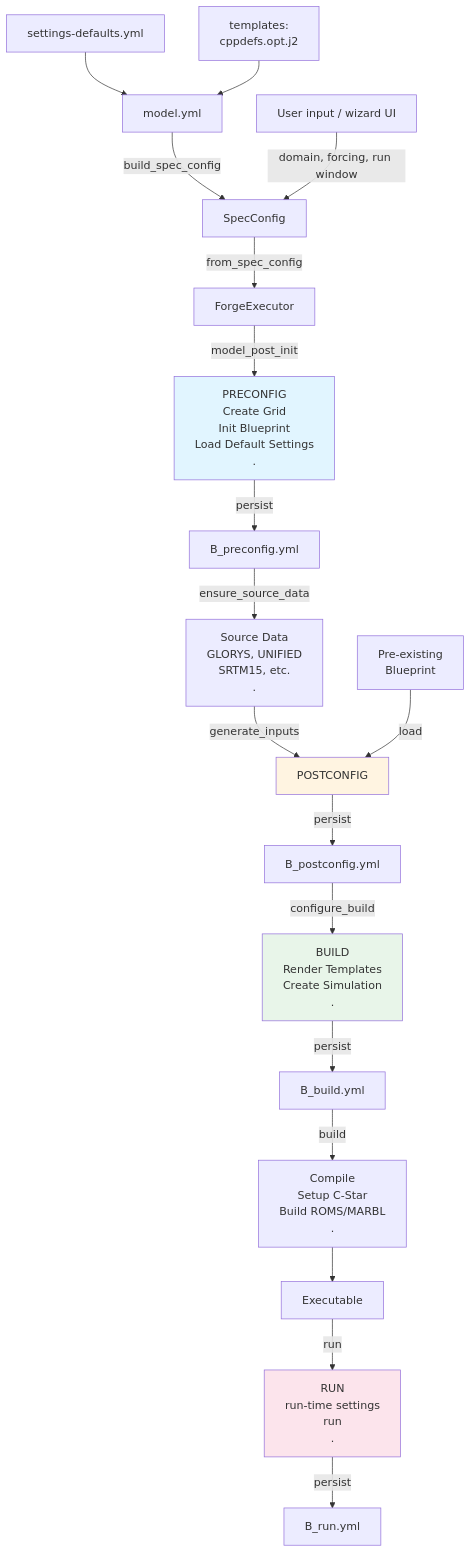
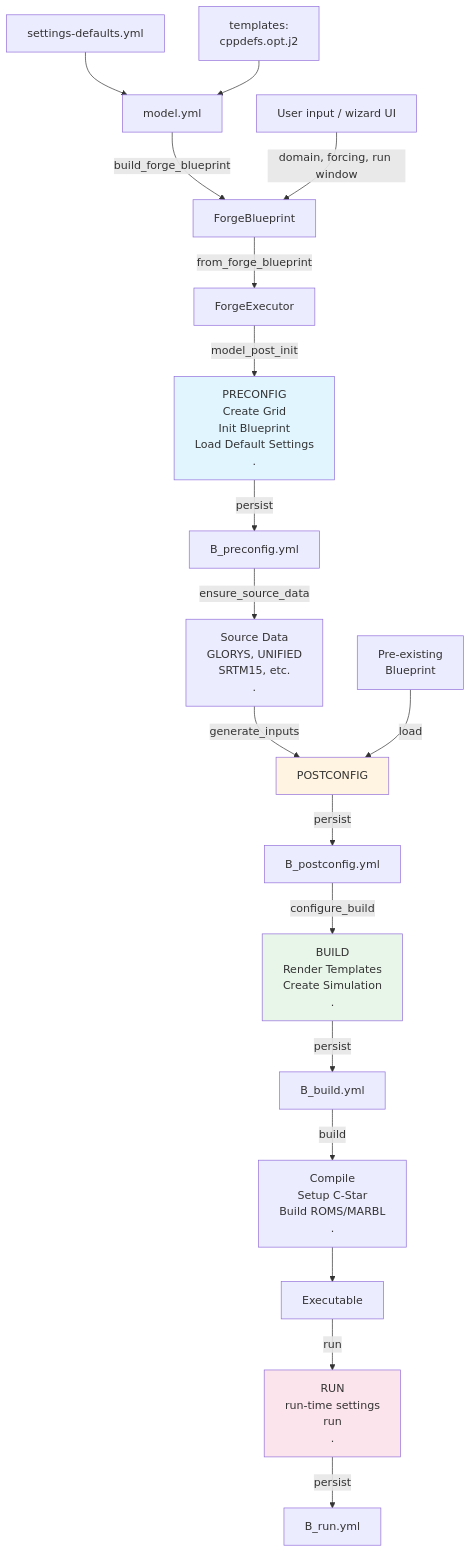
One commit to CWorthy-ocean/C-Star changed the diagram in forge-import/docs/CStarSpecBuilder-overview.md. Above: the diagram before and after it, drawn with Mermaid. The commit also changed other lines of this file and 35 other files, not shown here.

````diff
--- a/forge-import/docs/CStarSpecBuilder-overview.md
+++ b/forge-import/docs/CStarSpecBuilder-overview.md
@@ -12,34 +12,34 @@
 ```{mermaid}
 flowchart TD
     S[settings-defaults.yml] --> A[model.yml]
     T["templates:<br/>cppdefs.opt.j2"] --> A[model.yml]
-    A -->|build_spec_config| B[SpecConfig]
+    A -->|build_forge_blueprint| B[ForgeBlueprint]
 
     C["User input / wizard UI"] -->|domain, forcing, run window| B
 
-    B -->|from_spec_config| D[ForgeExecutor]
+    B -->|from_forge_blueprint| D[ForgeExecutor]
 
     D -->|model_post_init| E["PRECONFIG<br/>Create Grid<br/>Init Blueprint<br/>Load Default Settings<br/>."]
     E -->|persist| F[B_preconfig.yml]
     
     F -->|ensure_source_data| G["Source Data<br/>GLORYS, UNIFIED<br/>SRTM15, etc.<br/>."]
     
     G -->|generate_inputs| H["POSTCONFIG<br/>"]
     P1[Pre-existing<br/>Blueprint] -->|load| H
     H -->|persist| I[B_postconfig.yml]
     
     I -->|configure_build| J["BUILD<br/>Render Templates<br/>Create Simulation<br/>."]
 
     J -->|persist| K[B_build.yml]
     
     K -->|build| L["Compile<br/>Setup C-Star<br/>Build ROMS/MARBL<br/>."]
     L --> M[Executable]
 
     M -->|run| N["RUN<br/>run-time settings<br/>run<br/>."]
     N -->|persist| O[B_run.yml]
     
     style E fill:#e1f5ff
     style H fill:#fff4e1
     style J fill:#e8f5e9
     style N fill:#fce4ec
 ```
````
